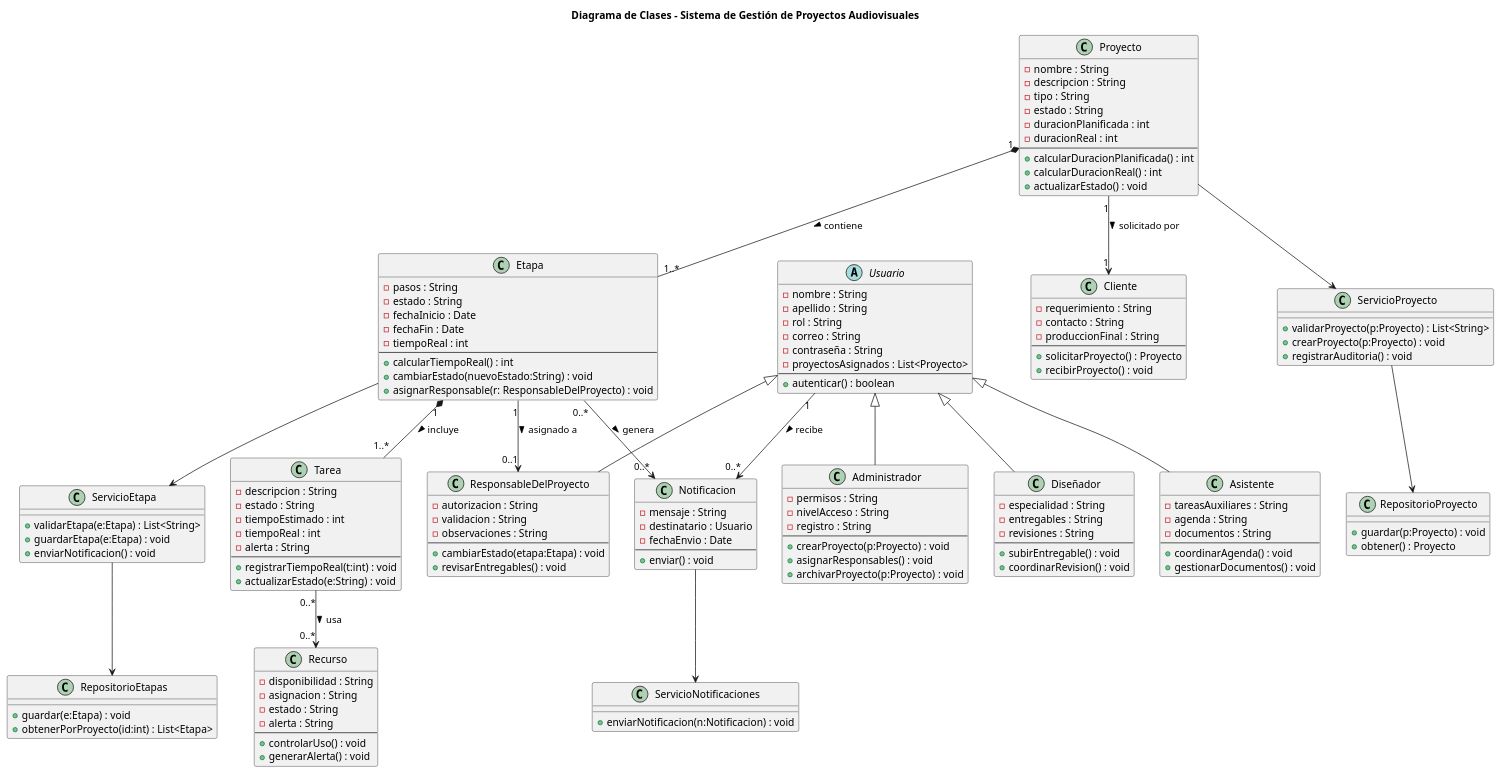
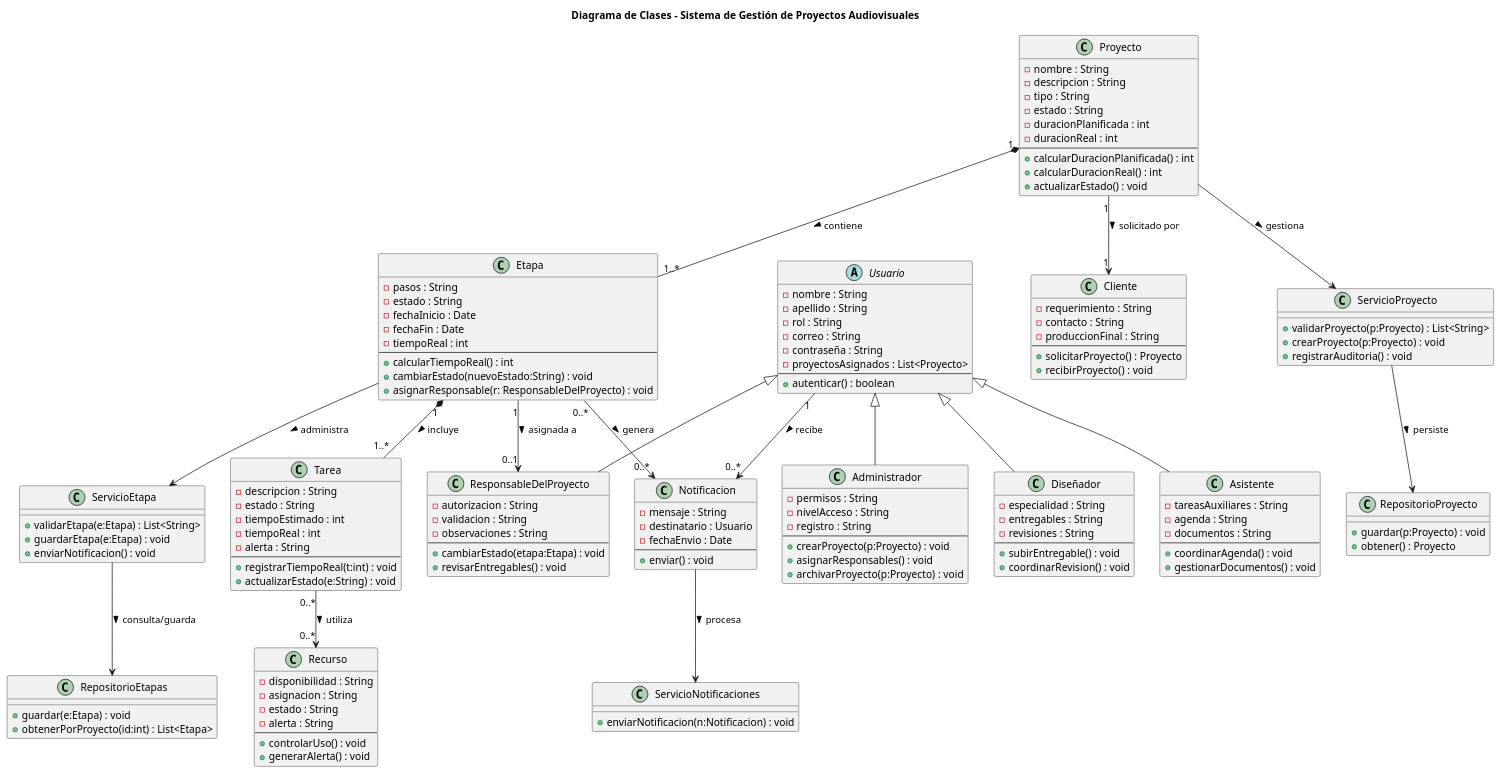
The diagram in diagramas/01-diagrama-clases/01-diagrama-clases-final.puml (GonzaloBarbano/SistemaProductoraVideos), drawn with PlantUML before and after one commit. The commit also changed 1 other file, not shown here.

Commit message:
Correción de errores en el diagrama de clases final

```diff
--- a/diagramas/01-diagrama-clases/01-diagrama-clases-final.puml
+++ b/diagramas/01-diagrama-clases/01-diagrama-clases-final.puml
@@ -1,178 +1,180 @@
 @startuml
 title Diagrama de Clases - Sistema de Gestión de Proyectos Audiovisuales
 
 '==========================
 '        CLASES BASE
 '==========================
 
 class Proyecto {
     - nombre : String
     - descripcion : String
     - tipo : String
     - estado : String
     - duracionPlanificada : int
     - duracionReal : int
     --
     + calcularDuracionPlanificada() : int
     + calcularDuracionReal() : int
     + actualizarEstado() : void
 }
 
 class Etapa {
     - pasos : String
     - estado : String
     - fechaInicio : Date
     - fechaFin : Date
     - tiempoReal : int
     --
     + calcularTiempoReal() : int
     + cambiarEstado(nuevoEstado:String) : void
     + asignarResponsable(r: ResponsableDelProyecto) : void
 }
 
 class Tarea {
     - descripcion : String
     - estado : String
     - tiempoEstimado : int
     - tiempoReal : int
     - alerta : String
     --
     + registrarTiempoReal(t:int) : void
     + actualizarEstado(e:String) : void
 }
 
 class Recurso {
     - disponibilidad : String
     - asignacion : String
     - estado : String
     - alerta : String
     --
     + controlarUso() : void
     + generarAlerta() : void
 }
 
 class Notificacion {
     - mensaje : String
     - destinatario : Usuario
     - fechaEnvio : Date
     --
     + enviar() : void
 }
 
 '==========================
 '        USUARIOS
 '==========================
 
 abstract class Usuario {
     - nombre : String
     - apellido : String
     - rol : String
     - correo : String
     - contraseña : String
     - proyectosAsignados : List<Proyecto>
     --
     + autenticar() : boolean
 }
 
 class Administrador {
     - permisos : String
     - nivelAcceso : String
     - registro : String
     --
     + crearProyecto(p:Proyecto) : void
     + asignarResponsables() : void
     + archivarProyecto(p:Proyecto) : void
 }
 
 class Diseñador {
     - especialidad : String
     - entregables : String
     - revisiones : String
     --
     + subirEntregable() : void
     + coordinarRevision() : void
 }
 
 class ResponsableDelProyecto {
     - autorizacion : String
     - validacion : String
     - observaciones : String
     --
     + cambiarEstado(etapa:Etapa) : void
     + revisarEntregables() : void
 }
 
 class Asistente {
     - tareasAuxiliares : String
     - agenda : String
     - documentos : String
     --
     + coordinarAgenda() : void
     + gestionarDocumentos() : void
 }
 
 class Cliente {
     - requerimiento : String
     - contacto : String
     - produccionFinal : String
     --
     + solicitarProyecto() : Proyecto
     + recibirProyecto() : void
 }
 
 Usuario <|-- Administrador
 Usuario <|-- Diseñador
 Usuario <|-- ResponsableDelProyecto
 Usuario <|-- Asistente
 
 '==========================
 '    RELACIONES PRINCIPALES
 '==========================
 
 Proyecto "1" *-- "1..*" Etapa : contiene >
 Etapa "1" *-- "1..*" Tarea : incluye >
-Etapa "1" --> "0..1" ResponsableDelProyecto : asignado a >
+Etapa "1" --> "0..1" ResponsableDelProyecto : asignada a >
 Proyecto "1" --> "1" Cliente : solicitado por >
-Tarea "0..*" --> "0..*" Recurso : usa >
+Tarea "0..*" --> "0..*" Recurso : utiliza >
 Etapa "0..*" --> "0..*" Notificacion : genera >
 
 Usuario "1" --> "0..*" Notificacion : recibe >
 
 '==========================
 '  SERVICIOS Y REPOSITORIOS
 '==========================
 
 class ServicioProyecto {
     + validarProyecto(p:Proyecto) : List<String>
     + crearProyecto(p:Proyecto) : void
     + registrarAuditoria() : void
 }
 
 class ServicioEtapa {
     + validarEtapa(e:Etapa) : List<String>
     + guardarEtapa(e:Etapa) : void
     + enviarNotificacion() : void
 }
 
 class ServicioNotificaciones {
     + enviarNotificacion(n:Notificacion) : void
 }
 
 class RepositorioProyecto {
     + guardar(p:Proyecto) : void
     + obtener() : Proyecto
 }
 
 class RepositorioEtapas {
     + guardar(e:Etapa) : void
     + obtenerPorProyecto(id:int) : List<Etapa>
 }
 
-Proyecto --> ServicioProyecto
-Etapa --> ServicioEtapa
-Notificacion --> ServicioNotificaciones
+'=== RELACIONES CON MULTIPLICIDAD Y DESCRIPCIÓN ===
 
-ServicioProyecto --> RepositorioProyecto
-ServicioEtapa --> RepositorioEtapas
+Proyecto --> ServicioProyecto : gestiona >
+Etapa --> ServicioEtapa : administra >
+Notificacion --> ServicioNotificaciones : procesa >
+
+ServicioProyecto --> RepositorioProyecto : persiste >
+ServicioEtapa --> RepositorioEtapas : consulta/guarda >
 
 @enduml
```
